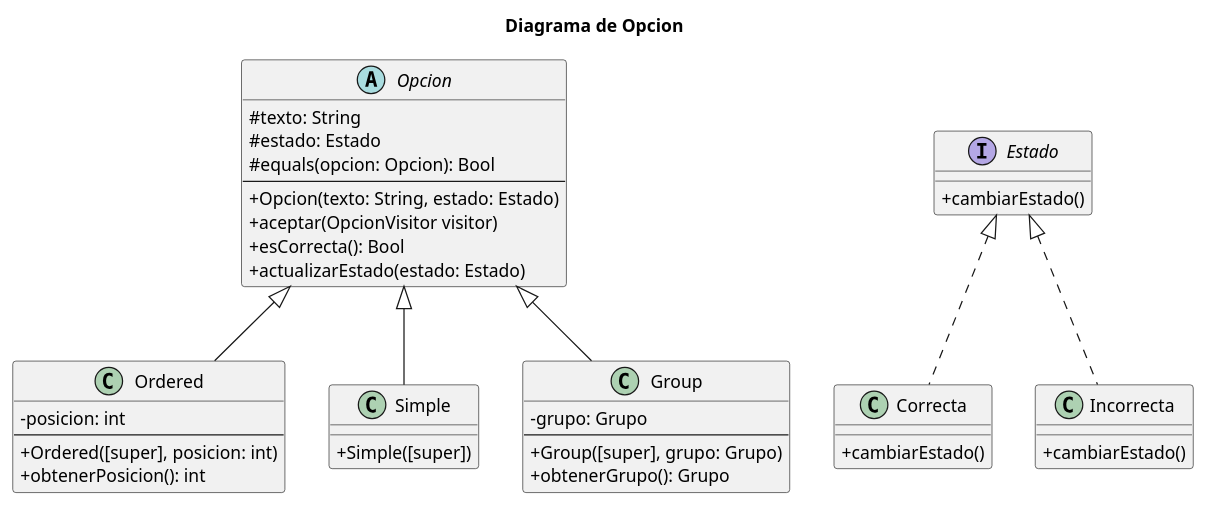
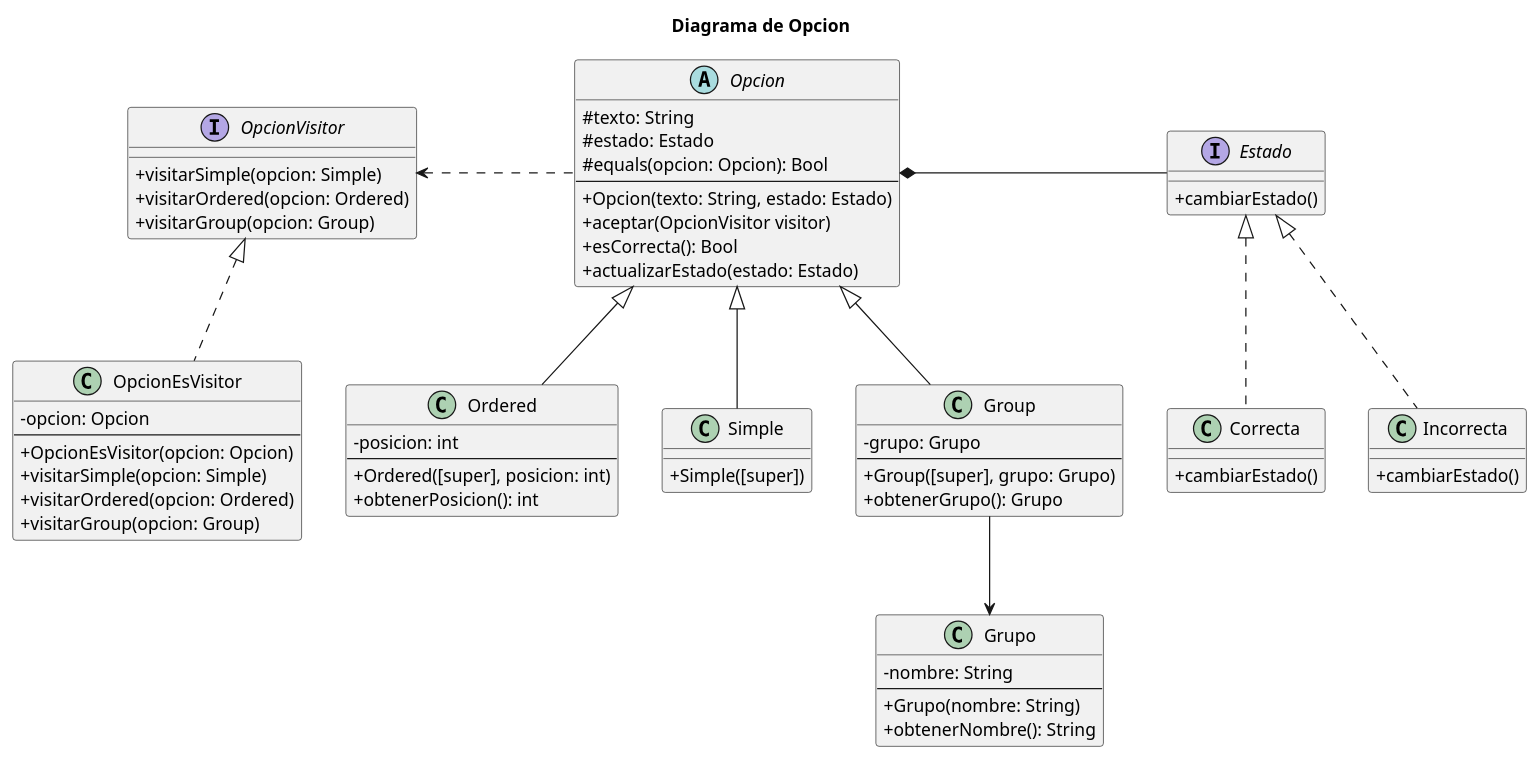
Before and after one commit to laldonate96/Algo3-TP2: the diagram in diagrams/classes/diagrama_opcion.puml, drawn with PlantUML. The commit also changed 19 other files, not shown here.

```diff
--- a/diagrams/classes/diagrama_opcion.puml
+++ b/diagrams/classes/diagrama_opcion.puml
@@ -1,46 +1,72 @@
 @startuml diagrama de clases
 skinparam classAttributeIconSize 0
 title Diagrama de Opcion
 
 abstract class Opcion {
     #texto: String
     #estado: Estado
     #equals(opcion: Opcion): Bool
     ---
     +Opcion(texto: String, estado: Estado)
     +aceptar(OpcionVisitor visitor)
     +esCorrecta(): Bool
     +actualizarEstado(estado: Estado)
 }
 
 class Ordered extends Opcion {
     -posicion: int
     ---
     +Ordered([super], posicion: int)
     +obtenerPosicion(): int
 }
 
 class Simple extends Opcion {
     +Simple([super])
 }
 
 class Group extends Opcion {
     -grupo: Grupo
     ---
     +Group([super], grupo: Grupo)
     +obtenerGrupo(): Grupo
 }
 
 interface Estado {
     + cambiarEstado()
 }
 
 class Correcta implements Estado {
     + cambiarEstado()
 }
 
 class Incorrecta implements Estado {
     + cambiarEstado()
 }
 
+class Grupo {
+    -nombre: String
+    ---
+    +Grupo(nombre: String)
+    +obtenerNombre(): String
+}
+
+interface OpcionVisitor {
+    + visitarSimple(opcion: Simple)
+    + visitarOrdered(opcion: Ordered)
+    + visitarGroup(opcion: Group)
+}
+
+class OpcionEsVisitor implements OpcionVisitor {
+    -opcion: Opcion
+    ---
+    + OpcionEsVisitor(opcion: Opcion)
+    + visitarSimple(opcion: Simple)
+    + visitarOrdered(opcion: Ordered)
+    + visitarGroup(opcion: Group)
+}
+
+Opcion *- Estado
+Group -d-> Grupo
+Opcion .l.> OpcionVisitor
+
 @enduml
```
